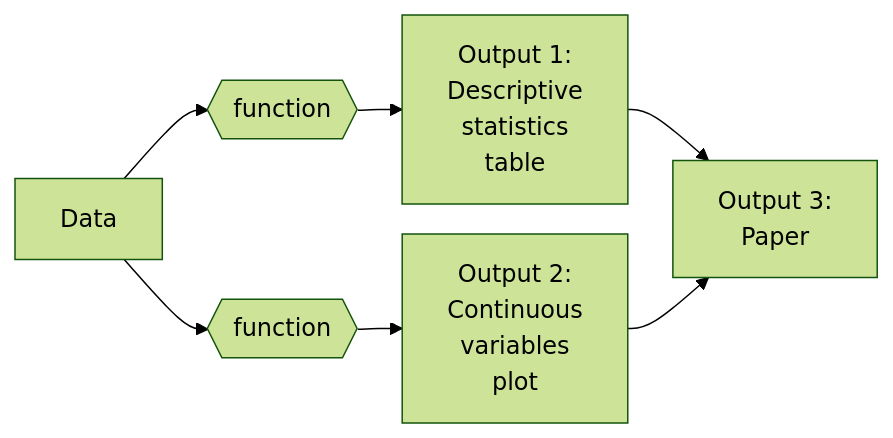
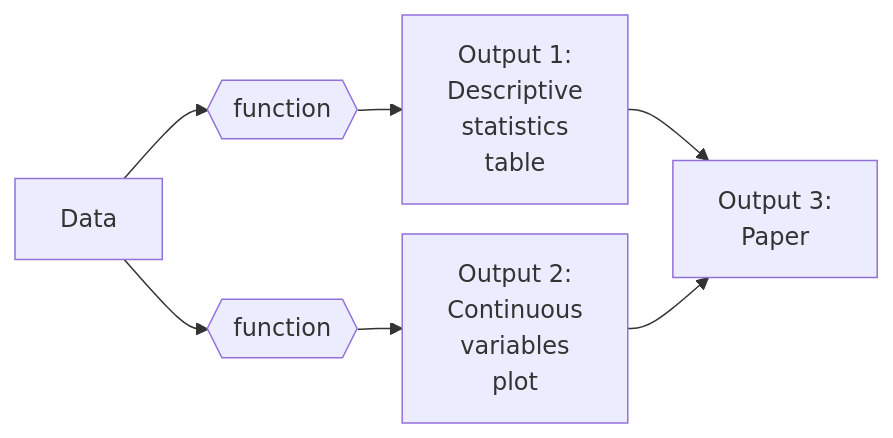
Before and after one commit to rostools/r-cubed-advanced: the diagram in sessions/pipelines.qmd, drawn with Mermaid. The commit also changed 1 other file, not shown here.

Commit message:
don't need these mermaid themes anymore

````diff
--- a/sessions/pipelines.qmd
+++ b/sessions/pipelines.qmd
@@ -164,16 +164,16 @@
 ```{mermaid fig-pipeline-schematic}
 %%| label: fig-pipeline-schematic
 %%| fig-cap: Very simple flow chart of steps in an analysis pipeline.
 %%| echo: false
 %%| eval: true
-%%{init:{'theme':'forest', 'flowchart':{'nodeSpacing': 20, 'rankSpacing':30}}}%%
+%%{init:{'flowchart':{'nodeSpacing': 20, 'rankSpacing':30}}}%%
 graph LR
     data[Data] --> fn_desc{{function}} 
     fn_desc --> tab_desc[Output 1:<br>Descriptive<br>statistics<br>table]
     tab_desc --> paper[Output 3:<br>Paper]
     data --> fn_plot_vars{{function}}
     fn_plot_vars{{function}} --> plot_distrib[Output 2:<br>Continuous<br>variables<br>plot]
     plot_distrib --> paper
 
 linkStyle 0,1,2,3,4,5 stroke-width:1px;
 ```
````
